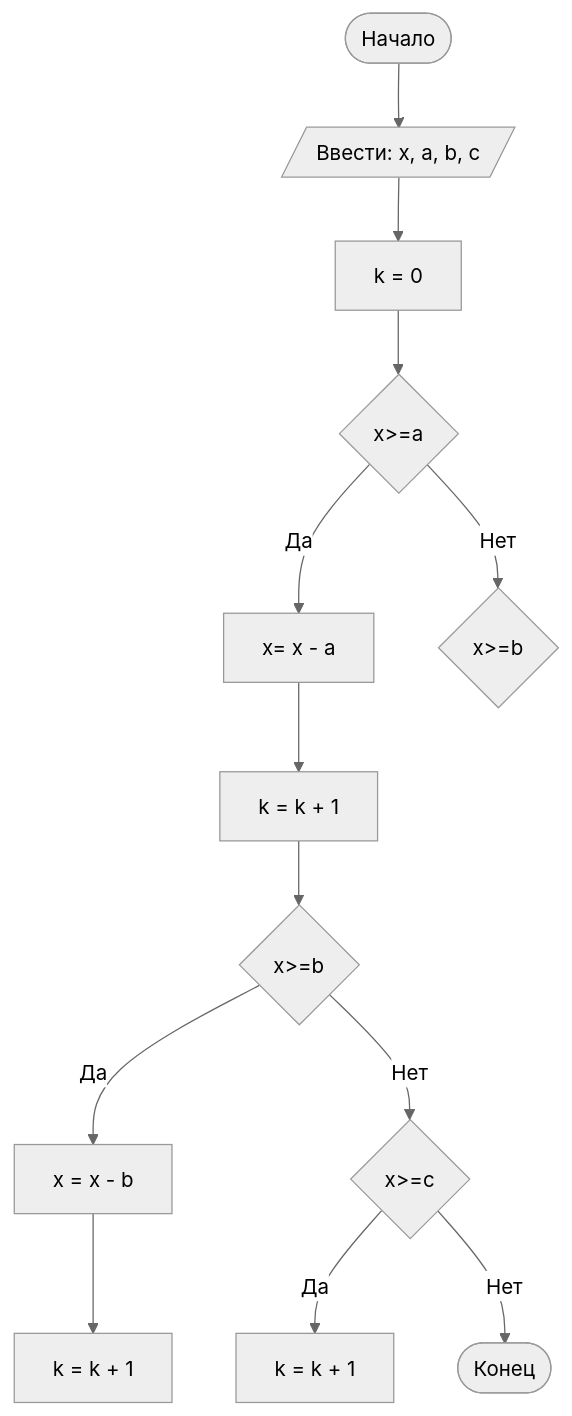
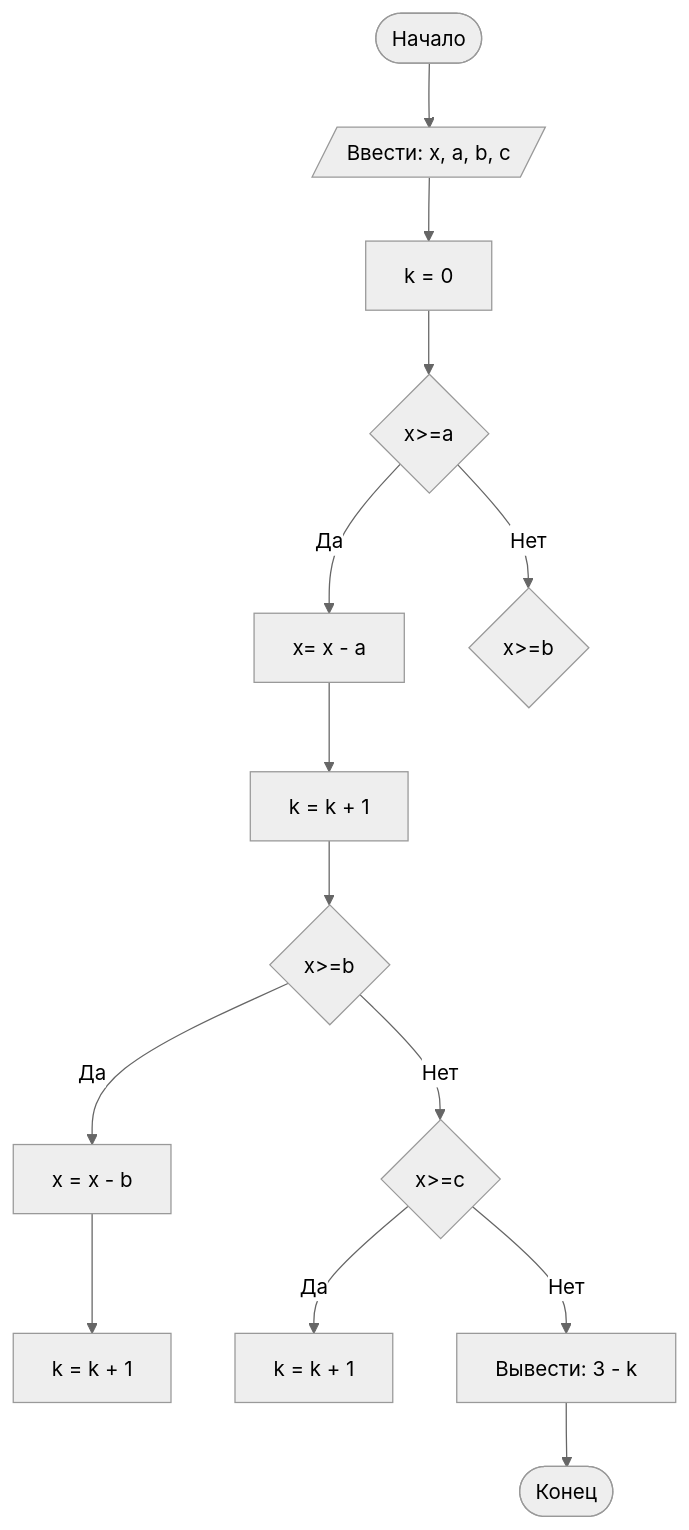
Before and after one commit to DariaVazh/Lab1: the diagram in README.md, drawn with Mermaid (neutral theme).

````diff
--- a/README.md
+++ b/README.md
@@ -42,15 +42,16 @@
 ```mermaid
 graph TD
 A([Начало]) --> B[/Ввести: x, a, b, c/]
 B --> C[k = 0]
 C --> D{x>=a}
 D -- Да --> E[x= x - a]
 D -- Нет --> Z{x>=b}
 E --> F[k = k + 1]
 F --> G{x>=b}
 G -- Да --> H[x = x - b]
 H --> I[k = k + 1]
 G -- Нет --> J{x>=c}
 J -- Да --> K[k = k + 1]
-J -- Нет --> End([Конец])
+J -- Нет --> preEnd[Вывести: 3 - k]
+preEnd --> End([Конец])
 ``` 
````
